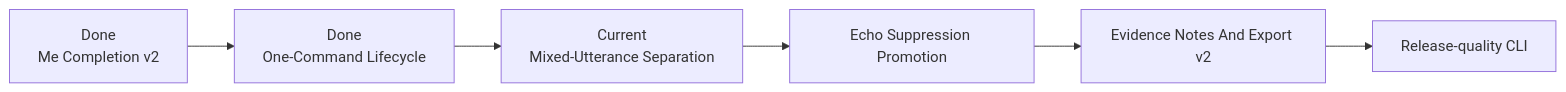
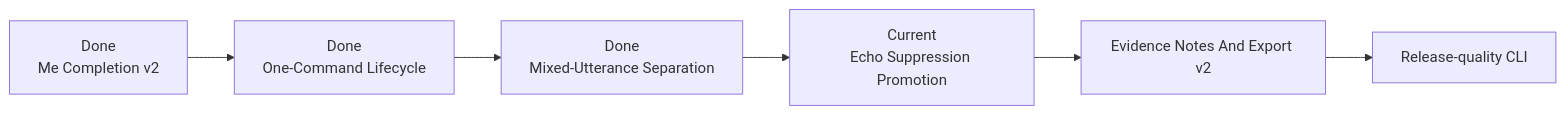
The second of 4 diagrams in docs/roadmap/murmurmark-cli-roadmap.md (asukhodko/murmurmark), drawn with Mermaid before and after one commit. The commit also changed other lines of this file and 14 other files, not shown here.

Commit message:
feat: add mixed utterance span evidence

````diff
--- a/docs/roadmap/murmurmark-cli-roadmap.md
+++ b/docs/roadmap/murmurmark-cli-roadmap.md
@@ -76,11 +82,11 @@
 ```mermaid
 flowchart LR
     P["Done<br/>Me Completion v2"]
     L["Done<br/>One-Command Lifecycle"]
-    A["Current<br/>Mixed-Utterance Separation"]
-    B["Echo Suppression Promotion"]
+    A["Done<br/>Mixed-Utterance Separation"]
+    B["Current<br/>Echo Suppression Promotion"]
     C["Evidence Notes And Export v2"]
     D["Release-quality CLI"]
 
     P --> L --> A --> B --> C --> D
 ```
````
